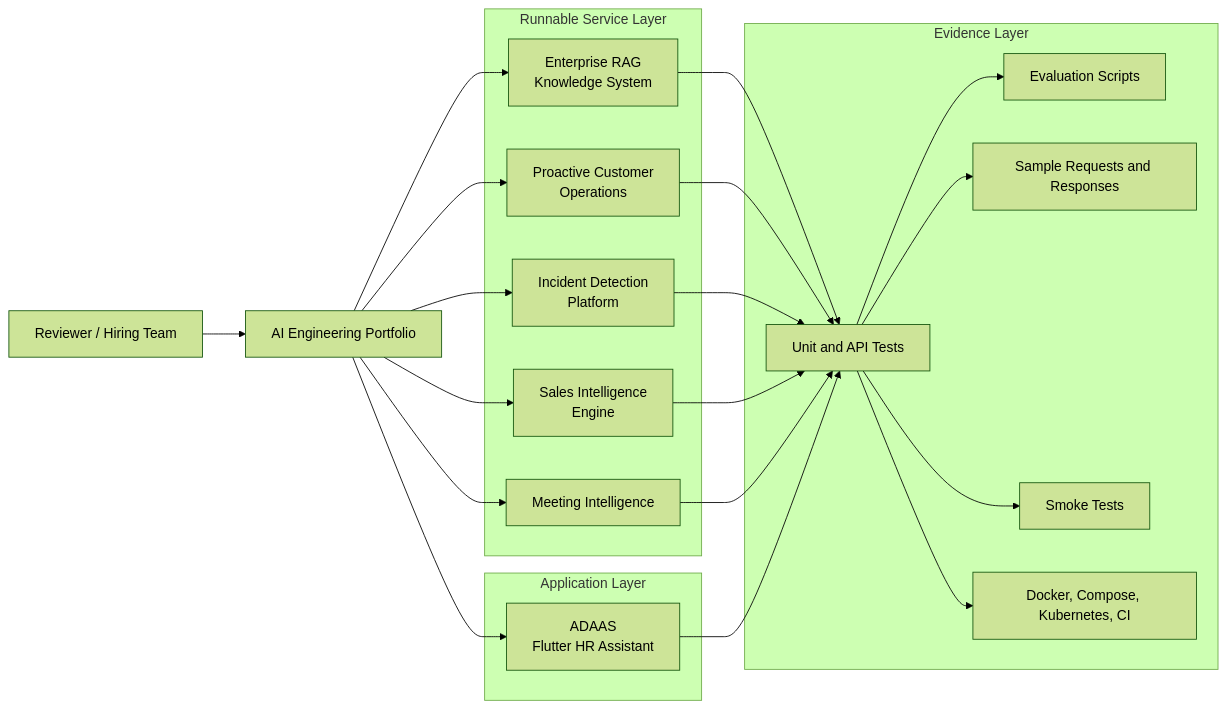
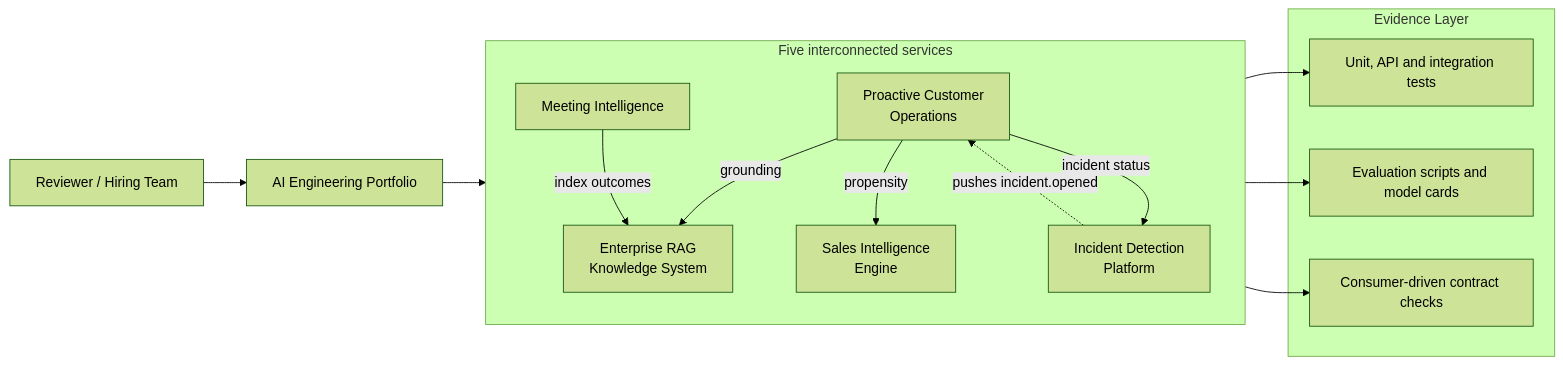
Before and after one commit to Adityansh-Chand/ai-engineering-portfolio: the first of 3 diagrams in docs/ARCHITECTURE.md, drawn with Mermaid (forest theme). The commit also changed other lines of this file and 15 other files, not shown here.

Commit message:
feat(portfolio): push edge, contract checks, and ADAAS removed

````diff
--- a/docs/ARCHITECTURE.md
+++ b/docs/ARCHITECTURE.md
@@ -10,46 +10,36 @@
 ```mermaid
 flowchart LR
   Reviewer[Reviewer / Hiring Team]
   Portfolio[AI Engineering Portfolio]
 
-  subgraph Apps[Application Layer]
-    ADAAS[ADAAS\nFlutter HR Assistant]
-  end
-
-  subgraph APIs[Runnable Service Layer]
-    RAG[Enterprise RAG\nKnowledge System]
-    OPS[Proactive Customer\nOperations]
-    INCIDENT[Incident Detection\nPlatform]
-    SALES[Sales Intelligence\nEngine]
+  subgraph Services[Five interconnected services]
+    RAG[Enterprise RAG
+Knowledge System]
+    OPS[Proactive Customer
+Operations]
+    INCIDENT[Incident Detection
+Platform]
+    SALES[Sales Intelligence
+Engine]
     MEETING[Meeting Intelligence]
   end
 
   subgraph Evidence[Evidence Layer]
-    Tests[Unit and API Tests]
-    Evals[Evaluation Scripts]
-    Samples[Sample Requests and Responses]
-    Smoke[Smoke Tests]
-    Deploy[Docker, Compose, Kubernetes, CI]
+    Tests[Unit, API and integration tests]
+    Evals[Evaluation scripts and model cards]
+    Contracts[Consumer-driven contract checks]
   end
 
   Reviewer --> Portfolio
-  Portfolio --> ADAAS
-  Portfolio --> RAG
-  Portfolio --> OPS
-  Portfolio --> INCIDENT
-  Portfolio --> SALES
-  Portfolio --> MEETING
+  Portfolio --> Services
 
+  OPS -->|propensity| SALES
+  OPS -->|incident status| INCIDENT
+  OPS -->|grounding| RAG
+  MEETING -->|index outcomes| RAG
+  INCIDENT -.->|pushes incident.opened| OPS
 
-  RAG --> Tests
-  OPS --> Tests
-  INCIDENT --> Tests
-  SALES --> Tests
-  MEETING --> Tests
-  ADAAS --> Tests
-
-  Tests --> Evals
-  Tests --> Samples
-  Tests --> Smoke
-  Tests --> Deploy
+  Services --> Tests
+  Services --> Evals
+  Services --> Contracts
 ```
````
